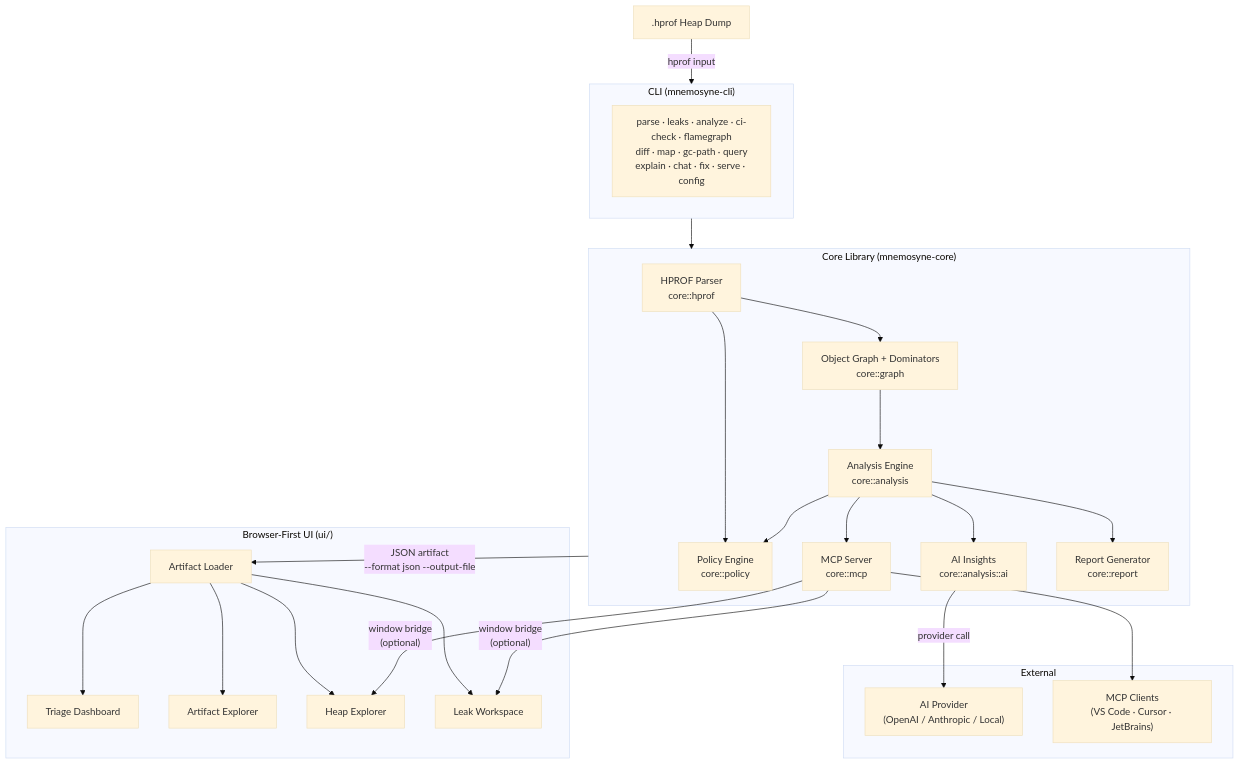
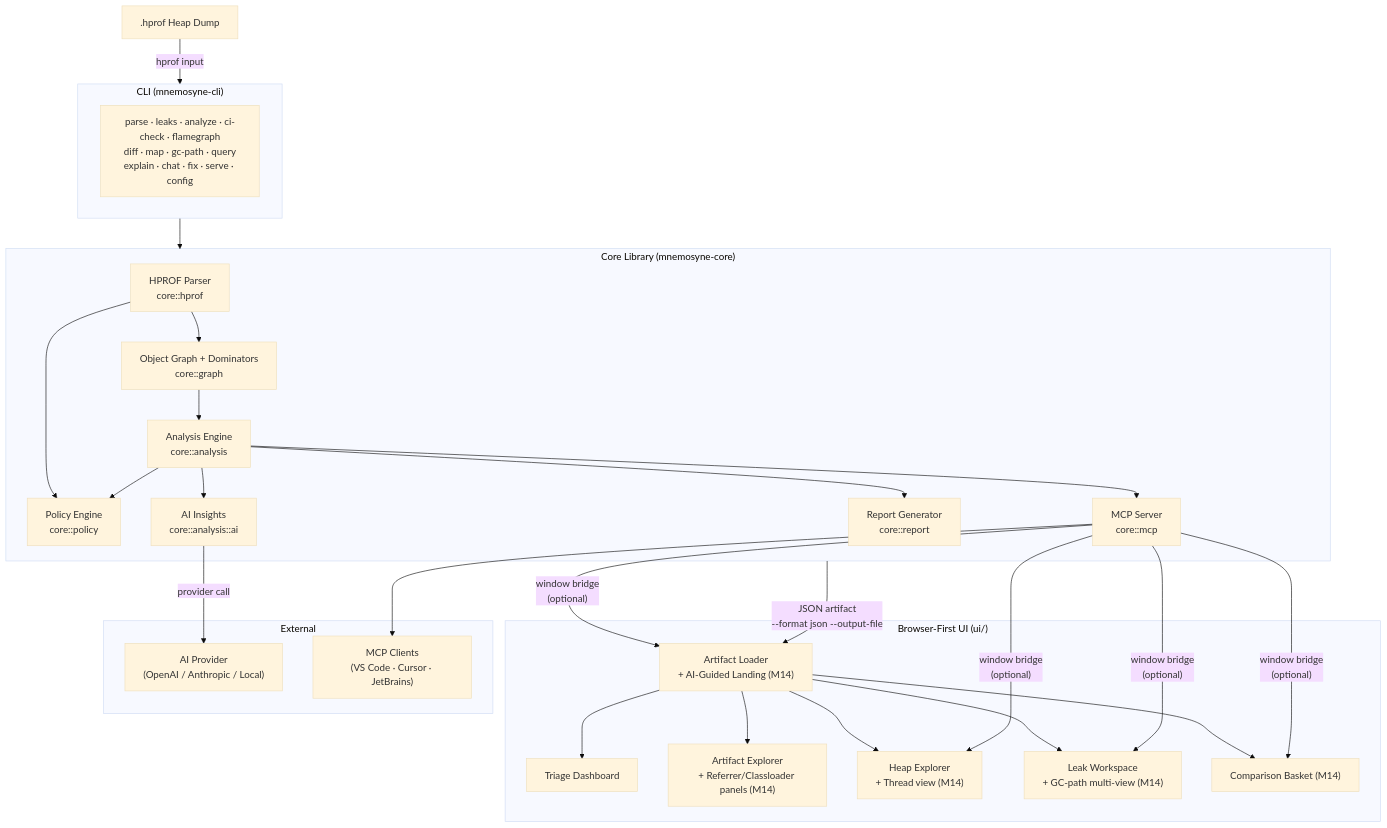
The diagram in ARCHITECTURE.md (bballer03/Mnemosyne), drawn with Mermaid (base theme) before and after one commit. The commit also changed other lines of this file and 7 other files, not shown here.

````diff
--- a/ARCHITECTURE.md
+++ b/ARCHITECTURE.md
@@ -215,44 +225,45 @@
 ```mermaid
 flowchart TD
     HD[".hprof Heap Dump"]
 
     subgraph CLI["CLI  (mnemosyne-cli)"]
          CMDS["parse · leaks · analyze · ci-check · flamegraph\ndiff · map · gc-path · query\nexplain · chat · fix · serve · config"]
     end
 
     subgraph Core["Core Library  (mnemosyne-core)"]
         PARSER["HPROF Parser\ncore::hprof"]
         GRAPH["Object Graph + Dominators\ncore::graph"]
         ANALYSIS["Analysis Engine\ncore::analysis"]
       POLICY["Policy Engine\ncore::policy"]
         AI["AI Insights\ncore::analysis::ai"]
         MCP["MCP Server\ncore::mcp"]
         REPORT["Report Generator\ncore::report"]
         PARSER --> GRAPH --> ANALYSIS --> AI
         ANALYSIS --> REPORT
       PARSER --> POLICY
       ANALYSIS --> POLICY
         ANALYSIS --> MCP
     end
 
     subgraph UI["Browser-First UI  (ui/)"]
-        LOADER["Artifact Loader"]
+        LOADER["Artifact Loader\n+ AI-Guided Landing (M14)"]
         DASH["Triage Dashboard"]
-        AE["Artifact Explorer"]
-        HE["Heap Explorer"]
-        LW["Leak Workspace"]
+        AE["Artifact Explorer\n+ Referrer/Classloader panels (M14)"]
+        HE["Heap Explorer\n+ Thread view (M14)"]
+        LW["Leak Workspace\n+ GC-path multi-view (M14)"]
+        CMP["Comparison Basket (M14)"]
     end
 
     subgraph External["External"]
         LLM["AI Provider\n(OpenAI / Anthropic / Local)"]
         MCPC["MCP Clients\n(VS Code · Cursor · JetBrains)"]
     end
 
     HD -->|"hprof input"| CLI
     CLI --> Core
     Core -->|"JSON artifact\n--format json --output-file"| LOADER
-    LOADER --> DASH & AE & HE & LW
+    LOADER --> DASH & AE & HE & LW & CMP
     AI -->|"provider call"| LLM
     MCP --> MCPC
-    MCP -->|"window bridge\n(optional)"| LW & HE
+    MCP -->|"window bridge\n(optional)"| LW & HE & CMP & LOADER
 ```
````
